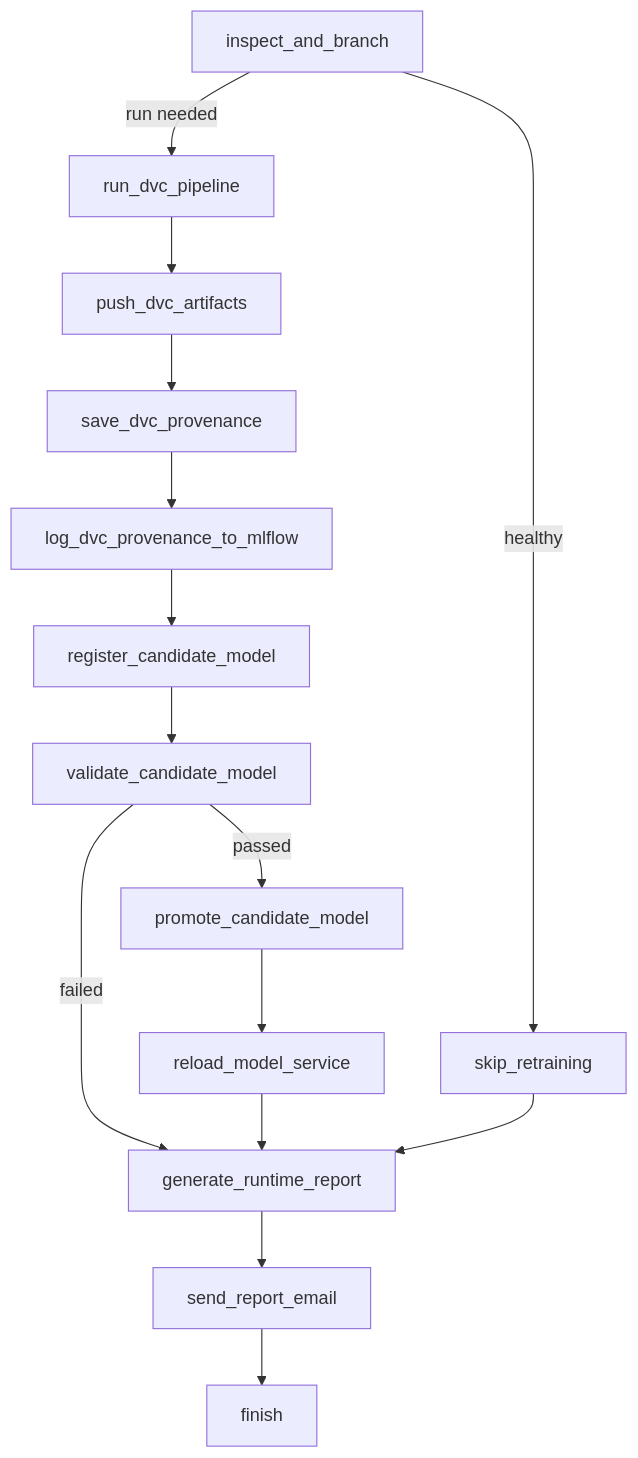
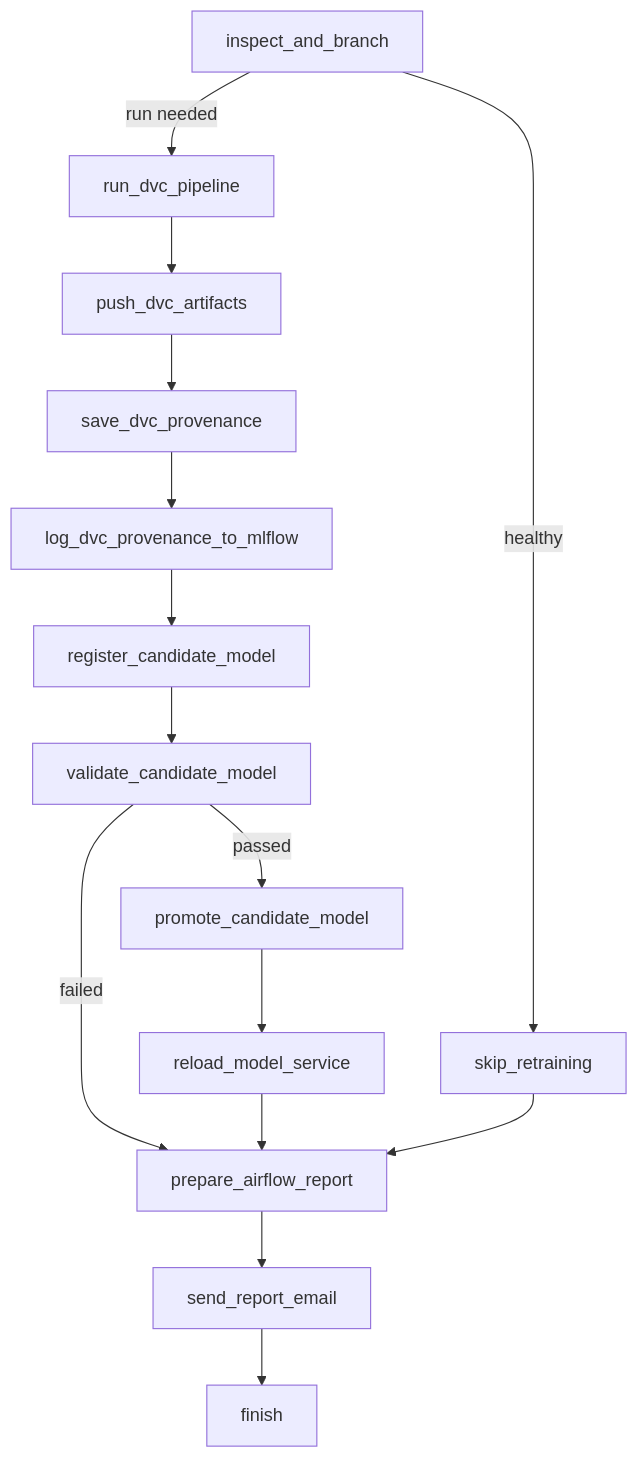
Before and after one commit to swadeshbalajee/galaxy_morphology_fp: the third of 4 diagrams in README.md, drawn with Mermaid. The commit also changed other lines of this file and 11 other files, not shown here.

````diff
--- a/README.md
+++ b/README.md
@@ -86,17 +86,17 @@
 ```mermaid
 flowchart TD
   Inspect[inspect_and_branch] -->|run needed| DVC[run_dvc_pipeline]
   Inspect -->|healthy| Skip[skip_retraining]
   DVC --> Push[push_dvc_artifacts]
   Push --> Provenance[save_dvc_provenance]
   Provenance --> Log[log_dvc_provenance_to_mlflow]
   Log --> Register[register_candidate_model]
   Register --> Validate[validate_candidate_model]
   Validate -->|passed| Promote[promote_candidate_model]
   Promote --> Reload[reload_model_service]
-  Validate -->|failed| RuntimeReport[generate_runtime_report]
+  Validate -->|failed| RuntimeReport[prepare_airflow_report]
   Reload --> RuntimeReport
   Skip --> RuntimeReport
   RuntimeReport --> Email[send_report_email]
   Email --> Finish[finish]
 ```
````
